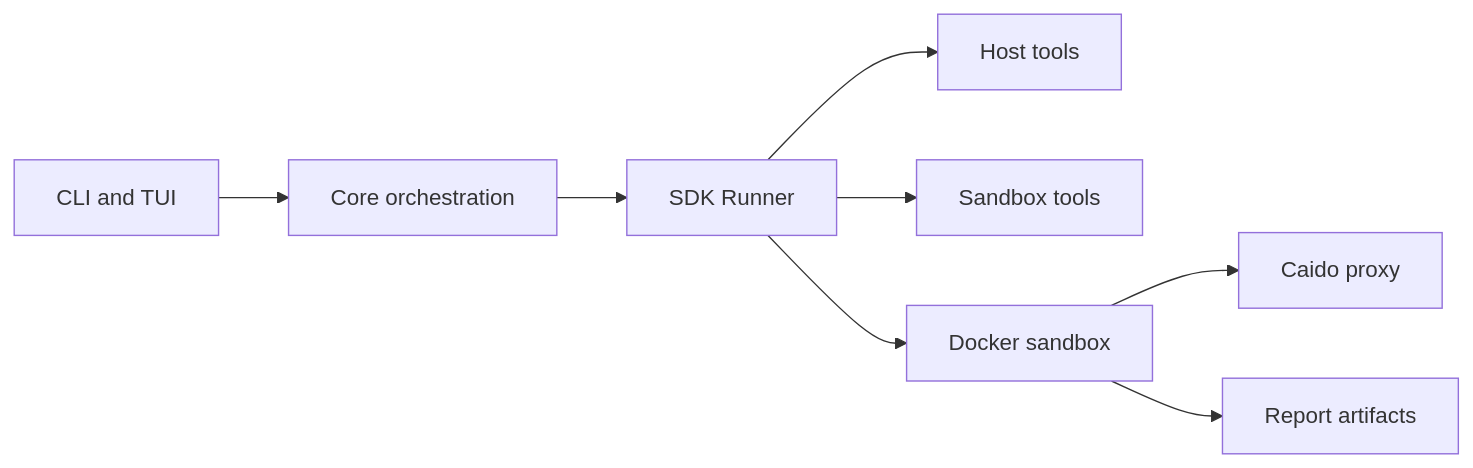
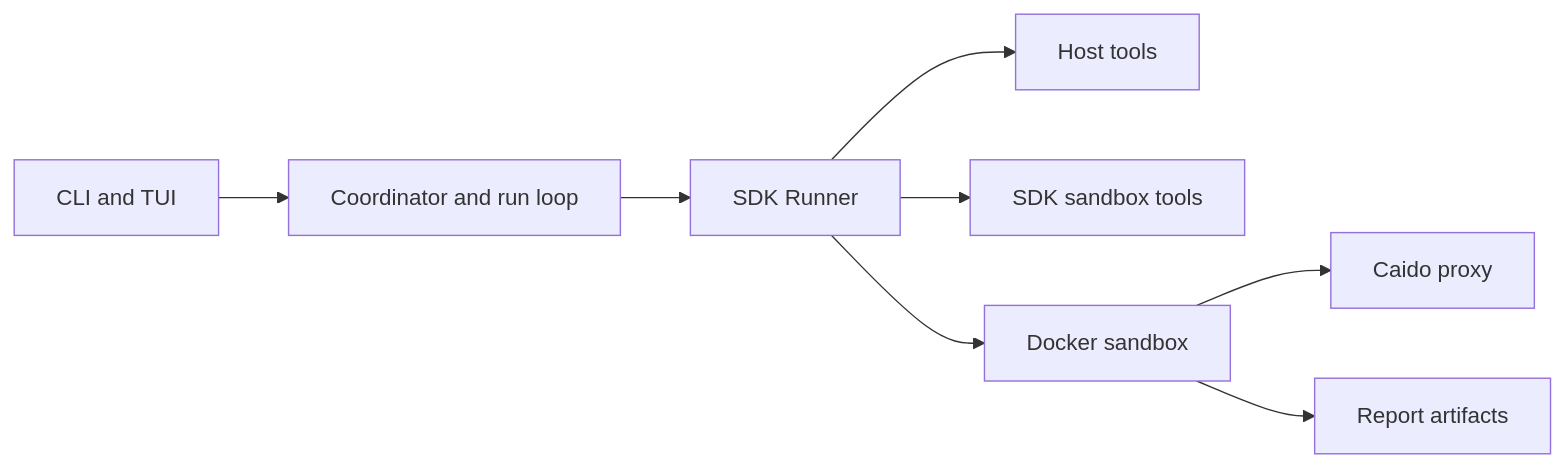
Before and after one commit to joels-sandgarden/strix-docs: the diagram in 00-the-big-picture.md, drawn with Mermaid. The commit also changed other lines of this file, not shown here.

````diff
--- a/00-the-big-picture.md
+++ b/00-the-big-picture.md
@@ -29,10 +29,10 @@
 ```mermaid
 flowchart LR
-  A[CLI and TUI] --> B[Core orchestration]
+  A[CLI and TUI] --> B[Coordinator and run loop]
   B --> C[SDK Runner]
   C --> D[Host tools]
-  C --> E[Sandbox tools]
+  C --> E[SDK sandbox tools]
   C --> F[Docker sandbox]
   F --> G[Caido proxy]
   F --> H[Report artifacts]
 ```
````
